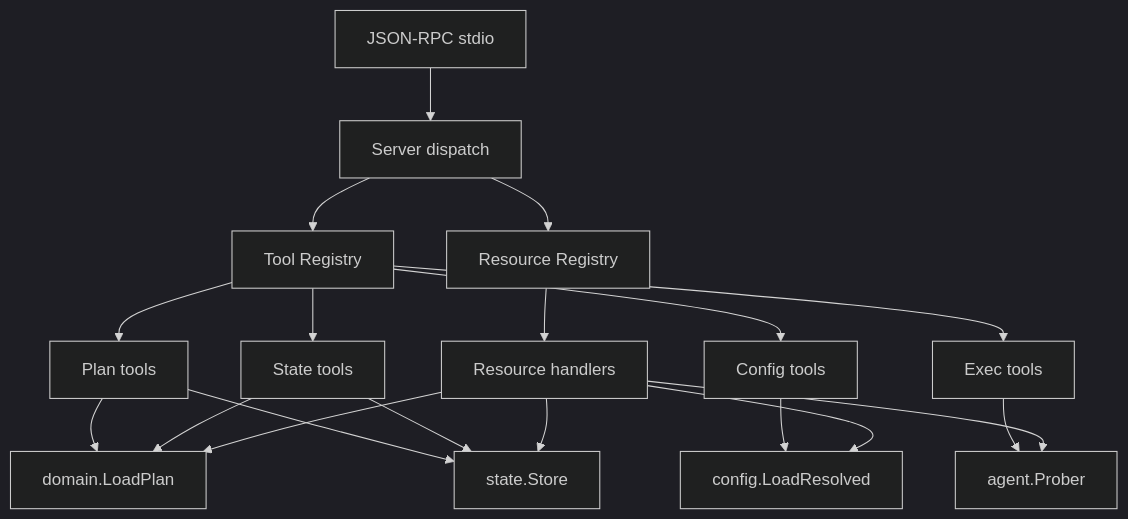
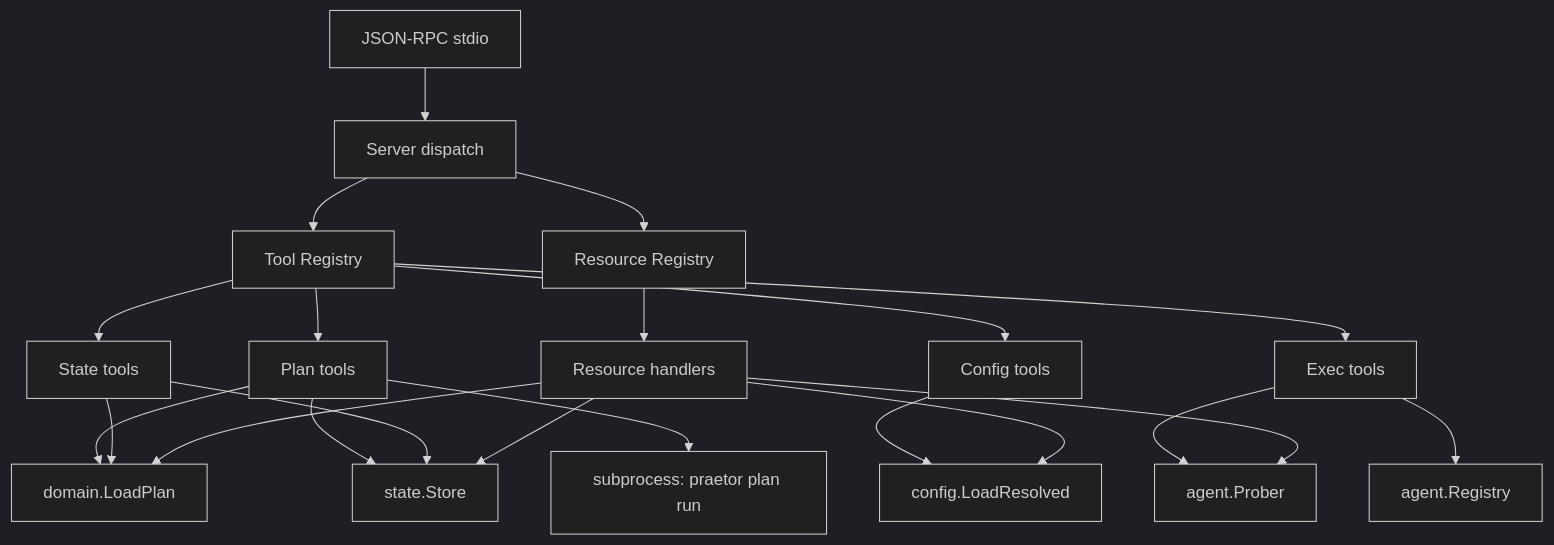
The fourth of 4 diagrams in docs/mcp.md (opus-domini/praetor), drawn with Mermaid before and after one commit. The commit also changed other lines of this file and 3 other files, not shown here.

First line of the commit message:
feat(mcp): add exec and plan_run tools for agent action capability

````diff
--- a/docs/mcp.md
+++ b/docs/mcp.md
@@ -210,28 +229,31 @@
 ```mermaid
 ---
 config:
   theme: dark
 ---
 flowchart TD
     STDIO[JSON-RPC stdio] --> Server[Server dispatch]
     Server --> TR[Tool Registry]
     Server --> RR[Resource Registry]
 
     TR --> PlanTools[Plan tools]
     TR --> StateTools[State tools]
     TR --> ConfigTools[Config tools]
     TR --> ExecTools[Exec tools]
 
     RR --> ResHandlers[Resource handlers]
 
     PlanTools --> DL[domain.LoadPlan]
     PlanTools --> SS[state.Store]
     StateTools --> SS
     StateTools --> DL
     ConfigTools --> CR[config.LoadResolved]
     ExecTools --> AP[agent.Prober]
+    ExecTools --> AR[agent.Registry]
+
+    PlanTools --> SP[subprocess: praetor plan run]
     ResHandlers --> DL
     ResHandlers --> SS
     ResHandlers --> CR
     ResHandlers --> AP
 ```
````
